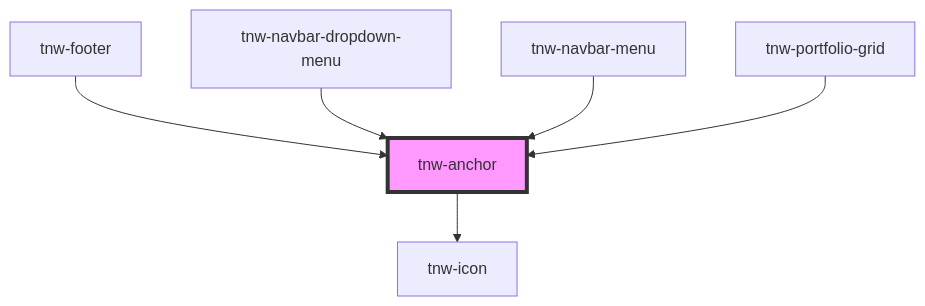
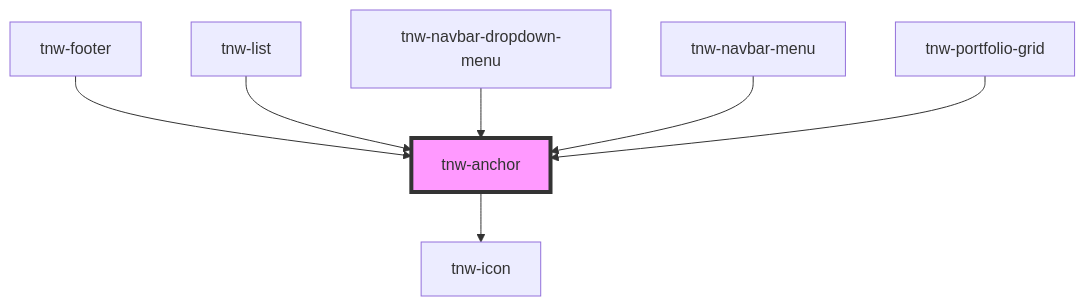
Before and after one commit to technway/technway-component-library: the diagram in packages/stencil-library/src/components/tnw-anchor/readme.md, drawn with Mermaid. The commit also changed other lines of this file and 15 other files, not shown here.

First line of the commit message:
feat(tnw-list): enhance component with new features and improvements

````diff
--- a/packages/stencil-library/src/components/tnw-anchor/readme.md
+++ b/packages/stencil-library/src/components/tnw-anchor/readme.md
@@ -98,9 +99,10 @@
 ```mermaid
 graph TD;
   tnw-anchor --> tnw-icon
   tnw-footer --> tnw-anchor
+  tnw-list --> tnw-anchor
   tnw-navbar-dropdown-menu --> tnw-anchor
   tnw-navbar-menu --> tnw-anchor
   tnw-portfolio-grid --> tnw-anchor
   style tnw-anchor fill:#f9f,stroke:#333,stroke-width:4px
 ```
````
